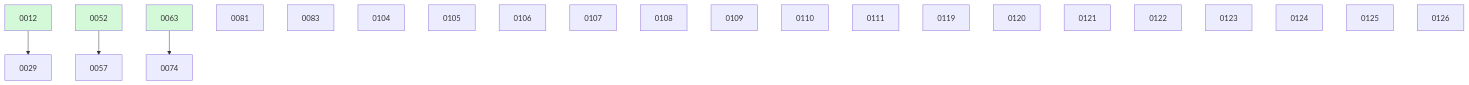
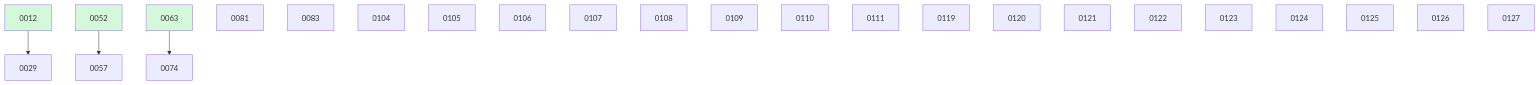
Before and after one commit to ethanhinson/fuse: the diagram in docs/changes/BOARD.md, drawn with Mermaid. The commit also changed other lines of this file and 1 other file, not shown here.

````diff
--- a/docs/changes/BOARD.md
+++ b/docs/changes/BOARD.md
@@ -46,28 +47,29 @@
 ```mermaid
 graph TD
   0012 --> 0029
   0052 --> 0057
   0063 --> 0074
   0081
   0083
   0104
   0105
   0106
   0107
   0108
   0109
   0110
   0111
   0119
   0120
   0121
   0122
   0123
   0124
   0125
   0126
+  0127
   0012:::done
   0052:::done
   0063:::done
   classDef done fill:#d3f9d8;
 ```
````
